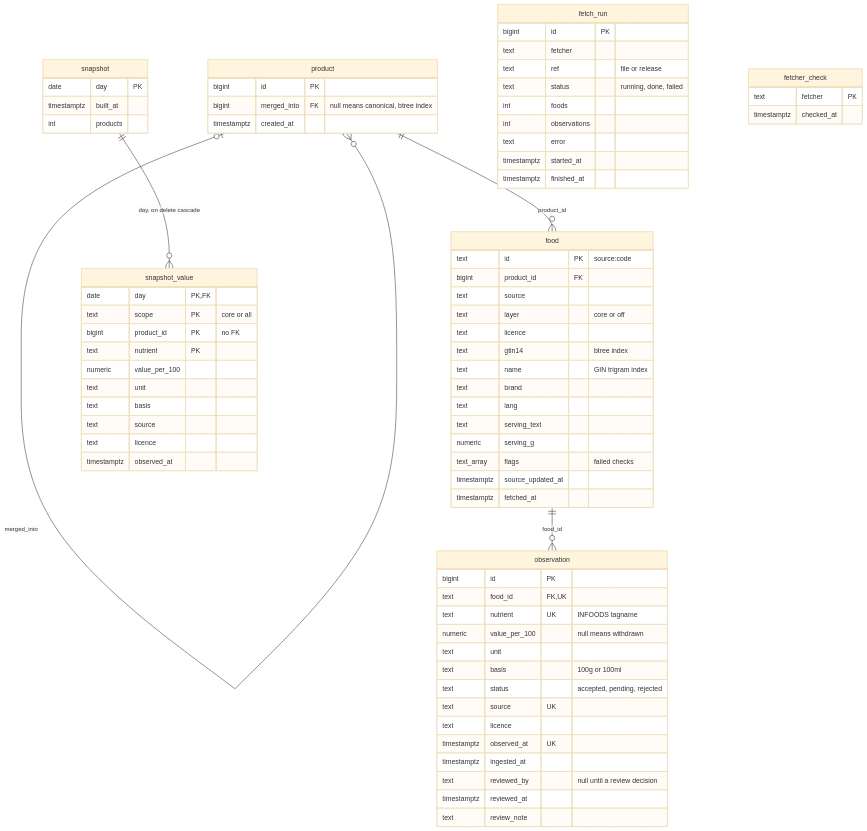
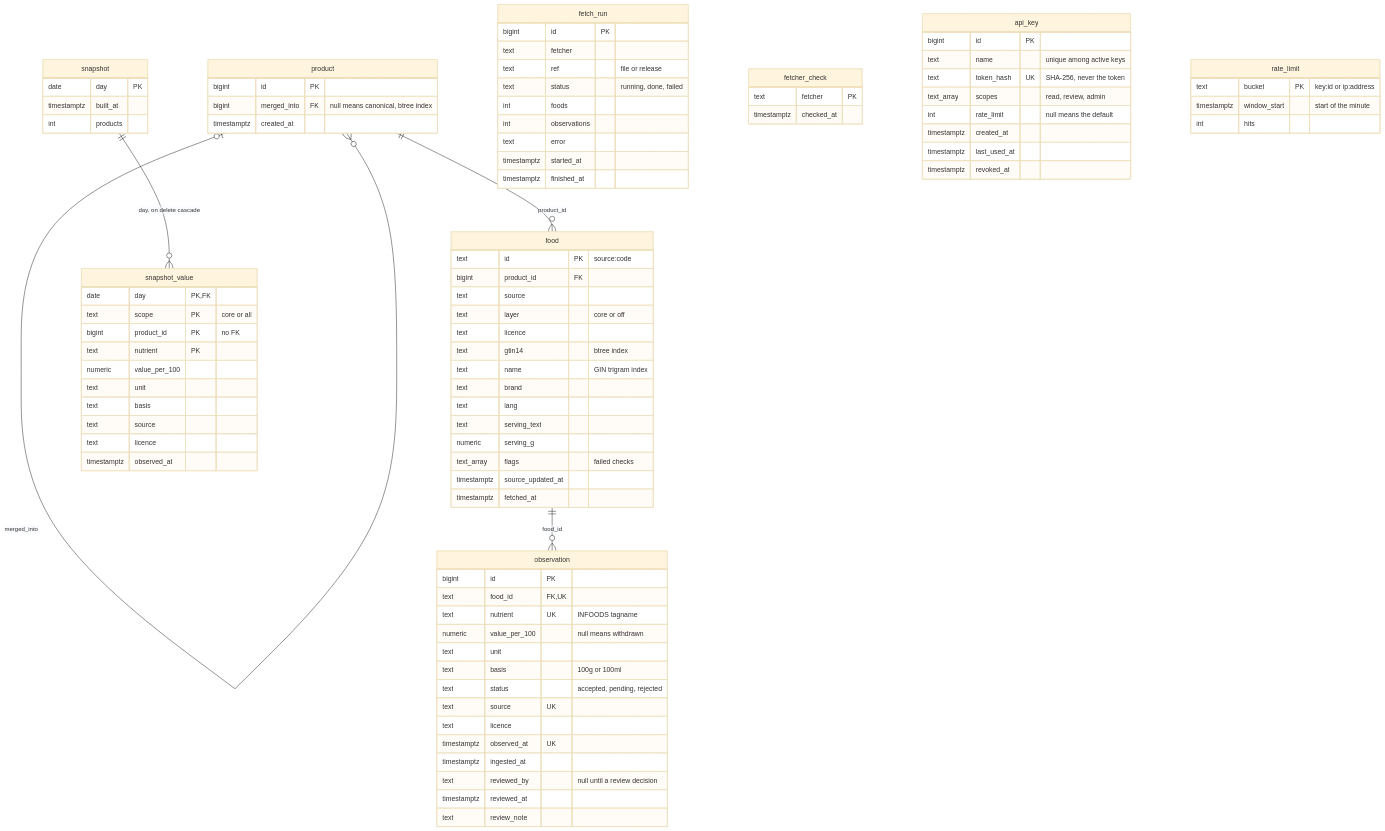
The sixth of 12 diagrams in docs/architecture.md (eait-fit/fooddb), drawn with Mermaid (base theme) before and after one commit. The commit also changed other lines of this file and 4 other files, not shown here.

First line of the commit message:
docs: API keys, scopes and rate limits; drop the Caddy 403 on the review routes

````diff
--- a/docs/architecture.md
+++ b/docs/architecture.md
@@ -432,4 +435,19 @@
         text fetcher PK
         timestamptz checked_at
     }
+    api_key {
+        bigint id PK
+        text name "unique among active keys"
+        text token_hash UK "SHA-256, never the token"
+        text_array scopes "read, review, admin"
+        int rate_limit "null means the default"
+        timestamptz created_at
+        timestamptz last_used_at
+        timestamptz revoked_at
+    }
+    rate_limit {
+        text bucket PK "key:id or ip:address"
+        timestamptz window_start "start of the minute"
+        int hits
+    }
 ```
````
